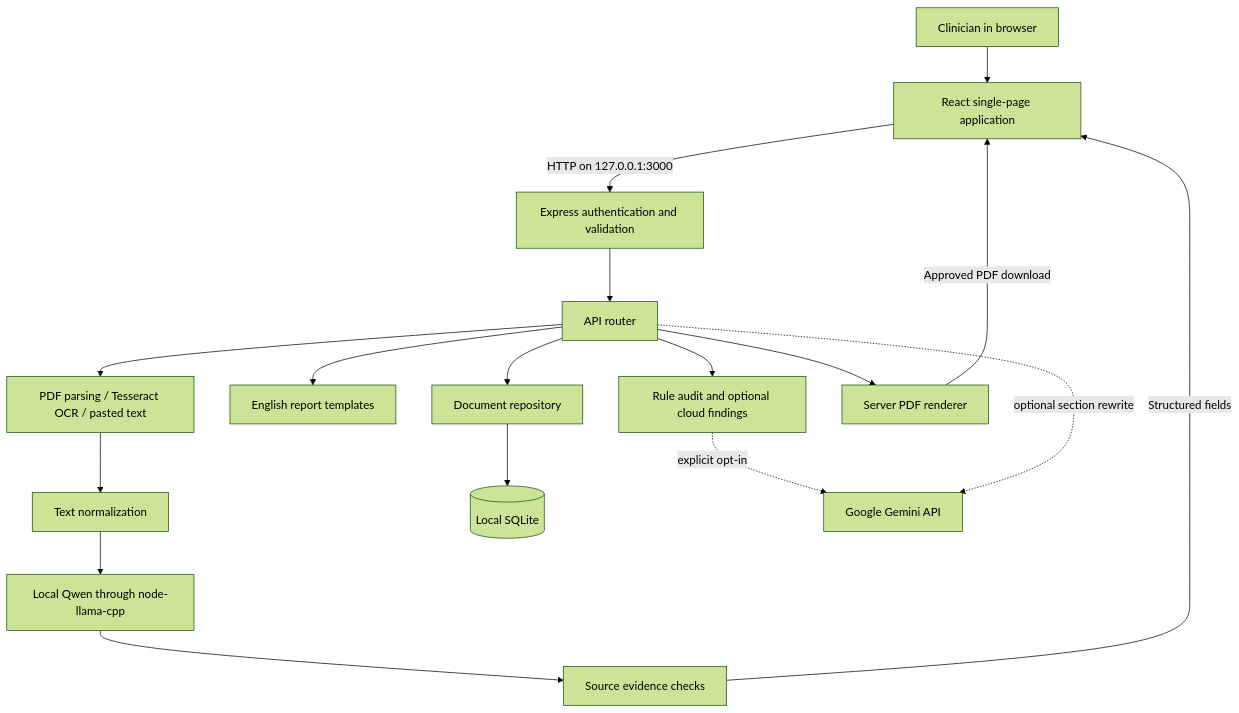
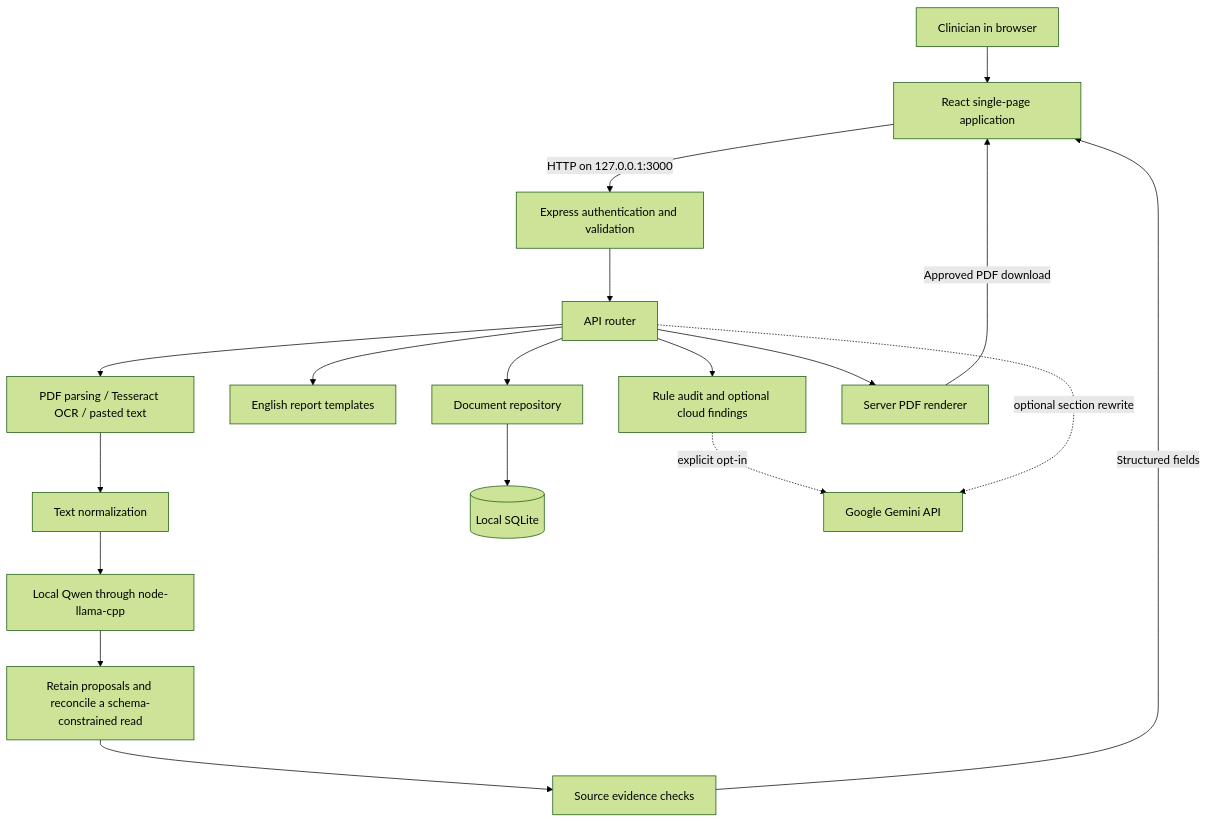
The first of 2 diagrams in docs/architecture.md (Abishek-805/Health_Qwen), drawn with Mermaid (forest theme) before and after one commit. The commit also changed other lines of this file and 19 other files, not shown here.

````diff
--- a/docs/architecture.md
+++ b/docs/architecture.md
@@ -27,19 +27,20 @@
 ```mermaid
 flowchart TD
     Clinician[Clinician in browser] --> UI[React single-page application]
     UI -->|HTTP on 127.0.0.1:3000| Gate[Express authentication and validation]
     Gate --> API[API router]
     API --> Source[PDF parsing / Tesseract OCR / pasted text]
     Source --> Normalize[Text normalization]
     Normalize --> Qwen[Local Qwen through node-llama-cpp]
-    Qwen --> Evidence[Source evidence checks]
+    Qwen --> Reconcile[Retain proposals and reconcile a schema-constrained read]
+    Reconcile --> Evidence[Source evidence checks]
     Evidence -->|Structured fields| UI
     API --> Templates[English report templates]
     API --> Audit[Rule audit and optional cloud findings]
     API --> Repository[Document repository]
     Repository --> DB[(Local SQLite)]
     API --> PDF[Server PDF renderer]
     PDF -->|Approved PDF download| UI
     Audit -. explicit opt-in .-> Gemini[Google Gemini API]
     API -. optional section rewrite .-> Gemini
 ```
````
